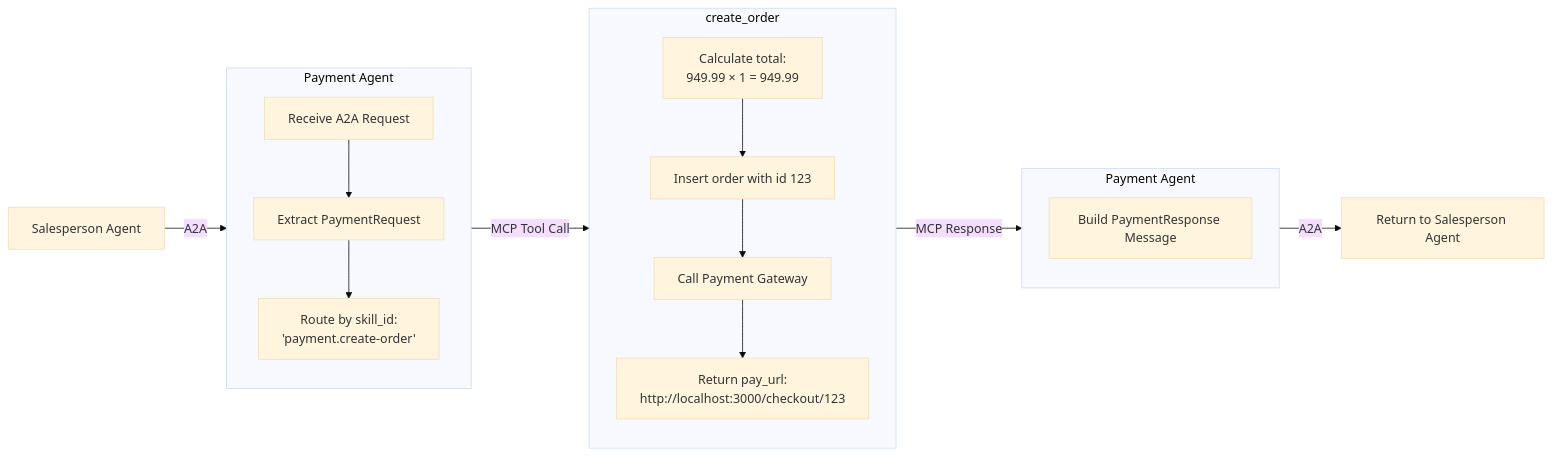
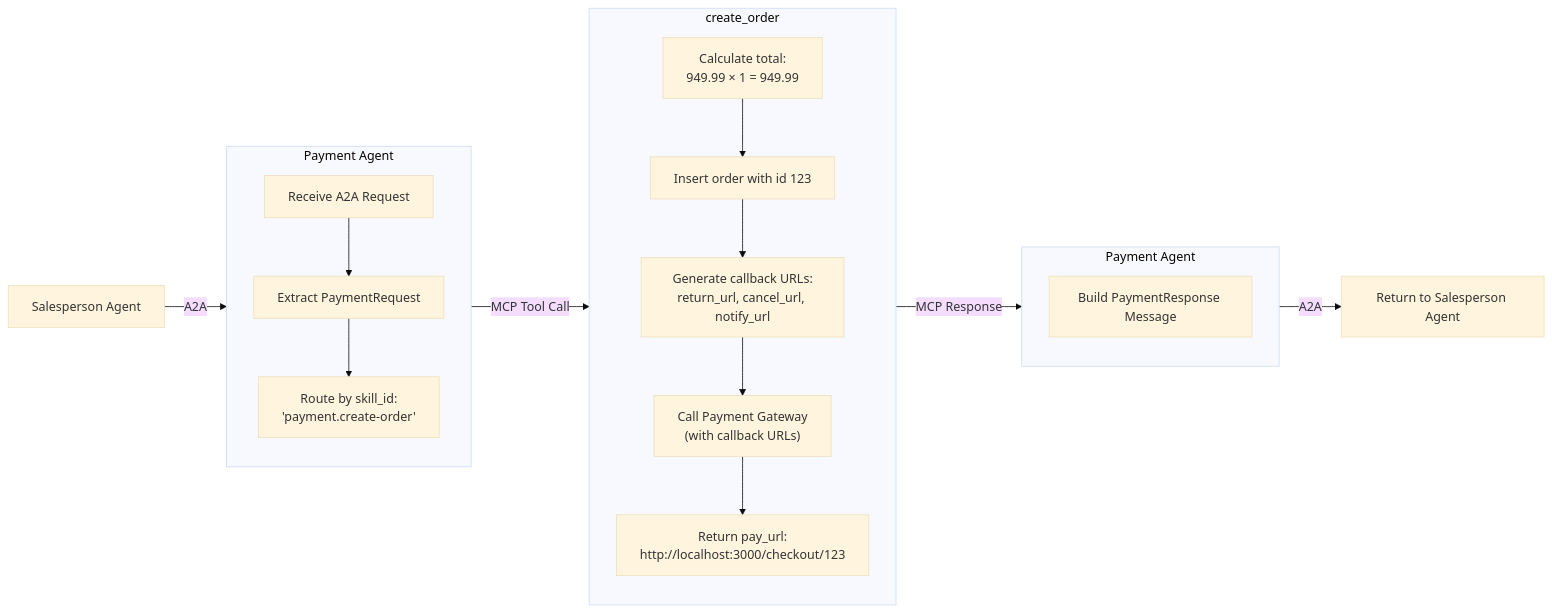
The seventh of 9 diagrams in DemoScenarios.md (biabeogo147/Agent-Ecosystem-Salesperson-and-Payment), drawn with Mermaid (base theme) before and after one commit. The commit also changed other lines of this file and 6 other files, not shown here.

Commit message:
update return/cancel url + notify for salesperson agent

````diff
--- a/DemoScenarios.md
+++ b/DemoScenarios.md
@@ -559,32 +532,33 @@
 ```mermaid
 flowchart LR
     SalesPersonAgent["Salesperson Agent"]
 
     subgraph PaymentAgent["Payment Agent"]
         direction TB
         Rcv["Receive A2A Request"]
         Extract["Extract PaymentRequest"]
         Route["Route by skill_id:<br/>'payment.create-order'"]
         Rcv --> Extract --> Route
     end
 
     subgraph MCPFlow["create_order"]
         direction TB
-        
+
         Calc["Calculate total:<br/>949.99 × 1 = 949.99"]
         OrderID["Insert order with id 123"]
-        Gateway["Call Payment Gateway"]
+        GenURLs["Generate callback URLs:<br/>return_url, cancel_url, notify_url"]
+        Gateway["Call Payment Gateway<br/>(with callback URLs)"]
         GatewayResp["Return pay_url:<br/>http://localhost:3000/checkout/123"]
 
-        Calc --> OrderID --> Gateway --> GatewayResp
+        Calc --> OrderID --> GenURLs --> Gateway --> GatewayResp
     end
 
     subgraph Finalize["Payment Agent"]
         direction TB
         BuildResp["Build PaymentResponse Message"]
     end
 
     SalesReturn["Return to Salesperson Agent"]
 
     SalesPersonAgent --> |"A2A"| PaymentAgent --> |"MCP Tool Call"| MCPFlow --> |"MCP Response"| Finalize --> |"A2A"| SalesReturn
 ```
````
